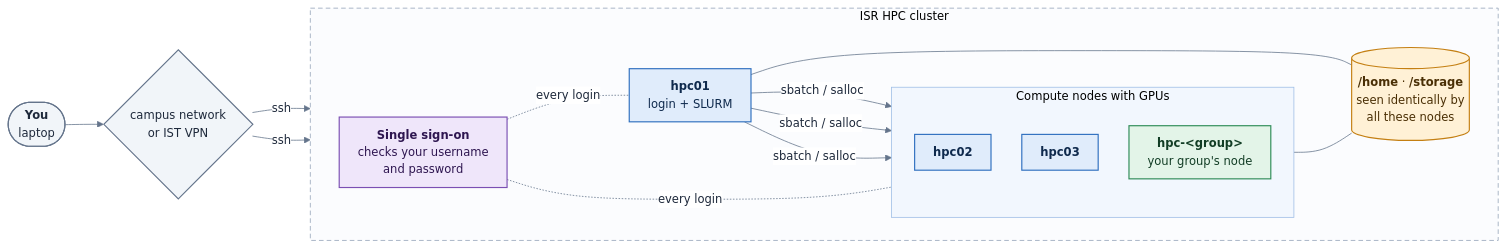
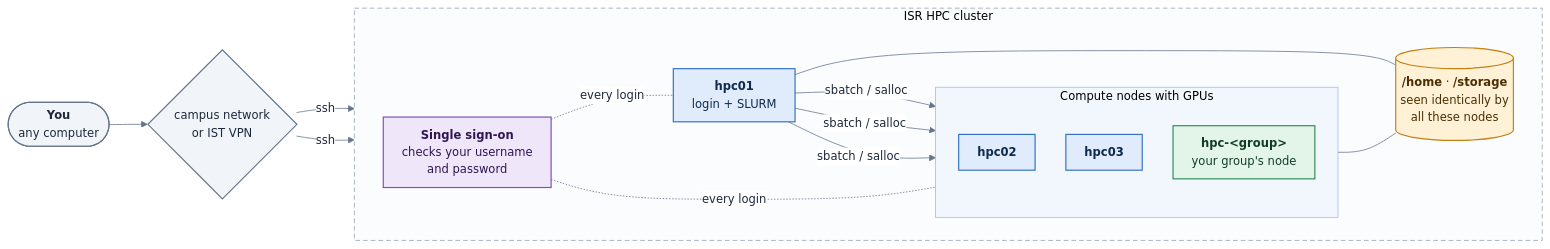
Before and after one commit to hpc-isr/hpc-docs: the diagram in docs/overview/network.md, drawn with Mermaid. The commit also changed other lines of this file and 1 other file, not shown here.

````diff
--- a/docs/overview/network.md
+++ b/docs/overview/network.md
@@ -26,40 +26,40 @@
 ```mermaid
 %%{init: {"theme": "base", "flowchart": {"curve": "basis", "nodeSpacing": 40, "rankSpacing": 50, "padding": 12}, "themeVariables": {"fontFamily": "Inter, Segoe UI, Helvetica Neue, Arial, sans-serif", "fontSize": "15px", "primaryColor": "#ffffff", "primaryBorderColor": "#94a3b8", "primaryTextColor": "#1e293b", "lineColor": "#64748b", "clusterBkg": "#f8fafc", "clusterBorder": "#cbd5e1", "edgeLabelBackground": "#ffffff"}}}%%
 flowchart LR
-    ME(["<b>You</b><br/>laptop"])
+    ME(["<b>You</b><br/>any computer"])
     NET{"campus network<br/>or IST VPN"}
     subgraph CLUSTER["ISR HPC cluster"]
         direction LR
         H1["<b>hpc01</b><br/>login + SLURM"]
         subgraph COMPUTE["Compute nodes with GPUs"]
             direction TB
             H2["<b>hpc02</b>"]
             H3["<b>hpc03</b>"]
             GN["<b>hpc-&lt;group&gt;</b><br/>your group's node"]
         end
         STORE[("<b>/home</b> · <b>/storage</b><br/>seen identically by<br/>all these nodes")]
         SSO["<b>Single sign-on</b><br/>checks your username<br/>and password"]
     end
     ME --> NET
     NET -- "ssh" --> H1
     NET -- "ssh" --> GN
     H1 -- "sbatch / salloc" --> H2
     H1 -- "sbatch / salloc" --> H3
     H1 -- "sbatch / salloc" --> GN
     H1 --- STORE
     COMPUTE --- STORE
     SSO -. "every login" .- H1
     SSO -. "every login" .- GN
     classDef you fill:#f1f5f9,stroke:#64748b,stroke-width:1.5px,color:#1e293b
     classDef shared fill:#e0ecfb,stroke:#2f6fbf,stroke-width:1.5px,color:#0f2a4d
     classDef group fill:#e3f4e8,stroke:#2e8b57,stroke-width:1.5px,color:#123d25
     classDef store fill:#fff1d6,stroke:#c47f12,stroke-width:1.5px,color:#4a2f05
     classDef fast fill:#efe6fa,stroke:#7b4fb3,stroke-width:1.5px,color:#2e1650
     class ME,NET you
     class H1,H2,H3 shared
     class GN group
     class STORE store
     class SSO fast
     style CLUSTER fill:#fbfcfe,stroke:#94a3b8,stroke-dasharray:6 4
     style COMPUTE fill:#f2f7fe,stroke:#9dbde6
 ```
````
